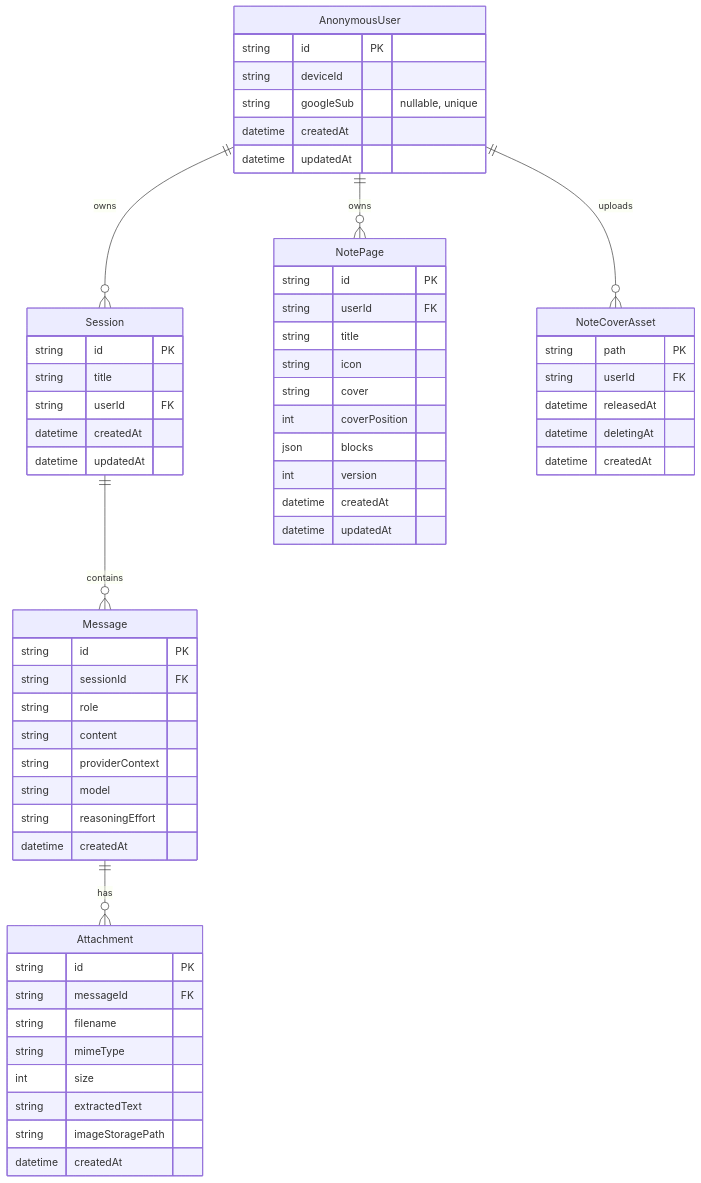
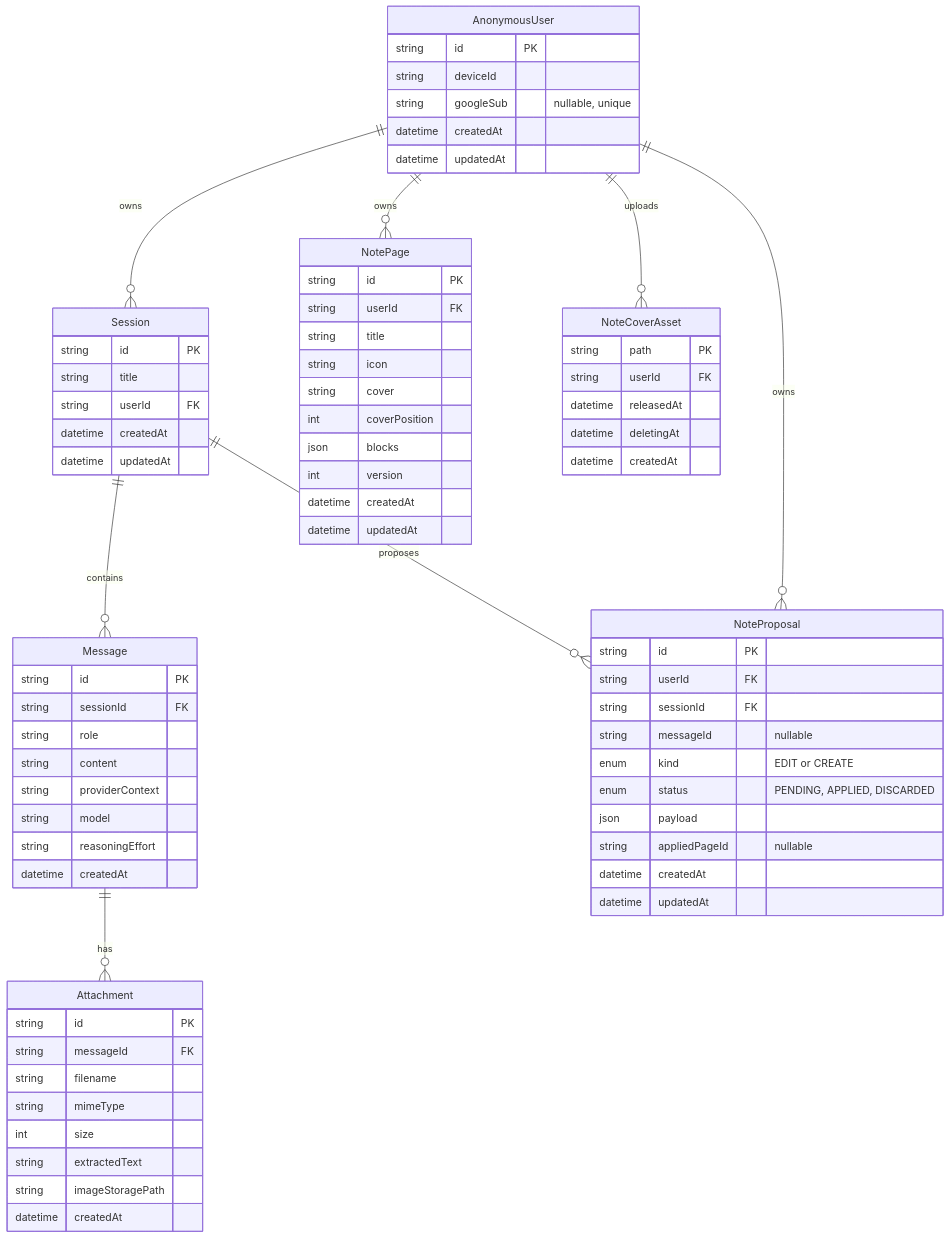
One commit to kakumine2001/NoteFable changed the diagram in docs/architecture/database.md. Above: the diagram before and after it, drawn with Mermaid. The commit also changed other lines of this file and 18 other files, not shown here.

````diff
--- a/docs/architecture/database.md
+++ b/docs/architecture/database.md
@@ -58,67 +58,82 @@
 ```mermaid
 erDiagram
     AnonymousUser ||--o{ Session : owns
     Session ||--o{ Message : contains
     Message ||--o{ Attachment : has
     AnonymousUser ||--o{ NotePage : owns
     AnonymousUser ||--o{ NoteCoverAsset : uploads
+    AnonymousUser ||--o{ NoteProposal : owns
+    Session ||--o{ NoteProposal : proposes
 
     AnonymousUser {
         string id PK
         string deviceId
         string googleSub "nullable, unique"
         datetime createdAt
         datetime updatedAt
     }
 
     NoteCoverAsset {
         string path PK
         string userId FK
         datetime releasedAt
         datetime deletingAt
         datetime createdAt
     }
 
     NotePage {
         string id PK
         string userId FK
         string title
         string icon
         string cover
         int coverPosition
         json blocks
         int version
+        datetime createdAt
+        datetime updatedAt
+    }
+
+    NoteProposal {
+        string id PK
+        string userId FK
+        string sessionId FK
+        string messageId "nullable"
+        enum kind "EDIT or CREATE"
+        enum status "PENDING, APPLIED, DISCARDED"
+        json payload
+        string appliedPageId "nullable"
         datetime createdAt
         datetime updatedAt
     }
 
     Session {
         string id PK
         string title
         string userId FK
         datetime createdAt
         datetime updatedAt
     }
 
     Message {
         string id PK
         string sessionId FK
         string role
         string content
         string providerContext
         string model
         string reasoningEffort
         datetime createdAt
     }
 
     Attachment {
         string id PK
         string messageId FK
         string filename
         string mimeType
         int size
         string extractedText
         string imageStoragePath
         datetime createdAt
     }
 ```
````
